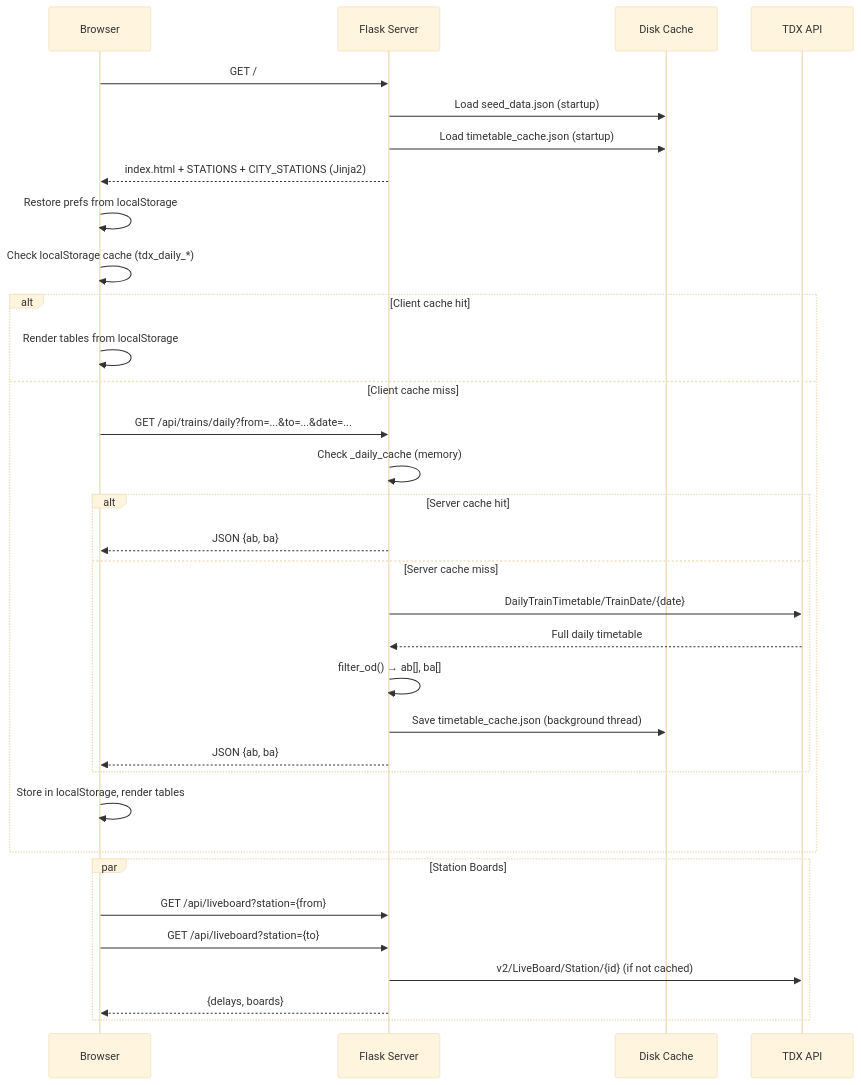
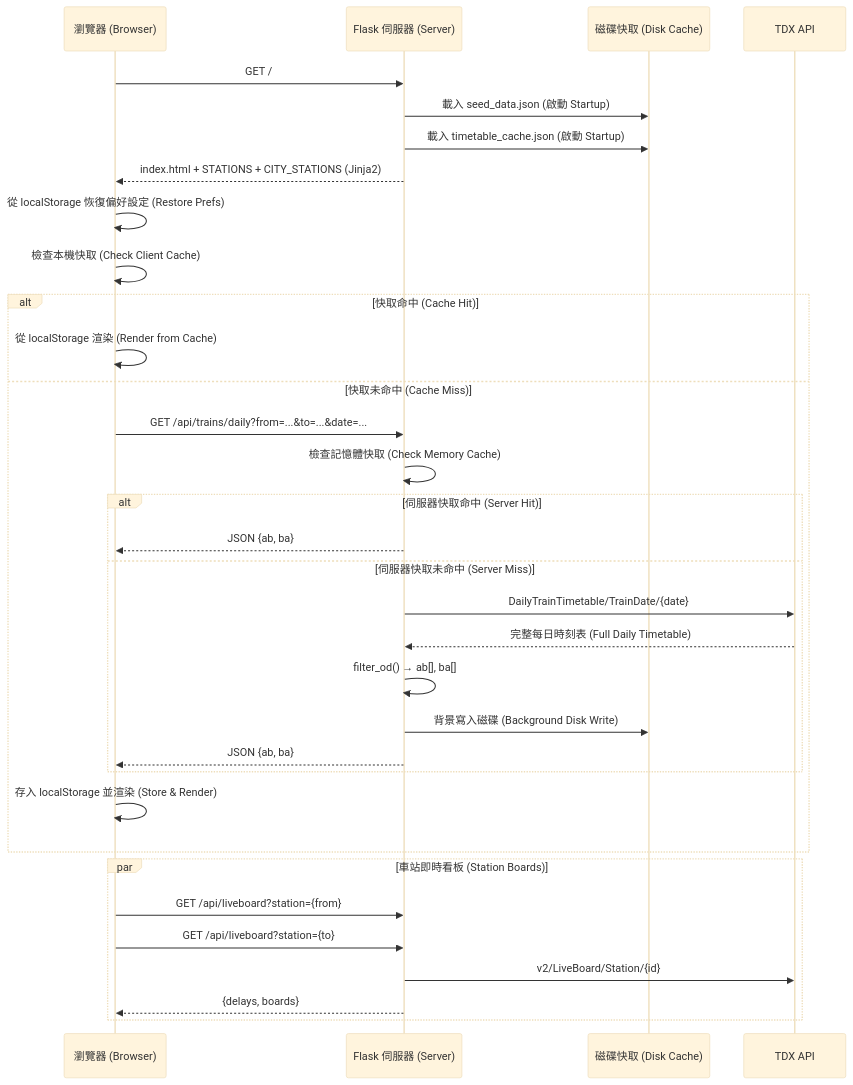
Before and after one commit to kindwayRewolf/TDX_Web: the first of 3 diagrams in README.md, drawn with Mermaid (base theme). The commit also changed other lines of this file and 6 other files, not shown here.

````diff
--- a/README.md
+++ b/README.md
@@ -61,39 +66,39 @@
 ```mermaid
 sequenceDiagram
-    participant B as Browser
-    participant F as Flask Server
-    participant D as Disk Cache
+    participant B as 瀏覽器 (Browser)
+    participant F as Flask 伺服器 (Server)
+    participant D as 磁碟快取 (Disk Cache)
     participant T as TDX API
 
     B->>F: GET /
-    F->>D: Load seed_data.json (startup)
-    F->>D: Load timetable_cache.json (startup)
+    F->>D: 載入 seed_data.json (啟動 Startup)
+    F->>D: 載入 timetable_cache.json (啟動 Startup)
     F-->>B: index.html + STATIONS + CITY_STATIONS (Jinja2)
 
-    B->>B: Restore prefs from localStorage
-    B->>B: Check localStorage cache (tdx_daily_*)
+    B->>B: 從 localStorage 恢復偏好設定 (Restore Prefs)
+    B->>B: 檢查本機快取 (Check Client Cache)
 
-    alt Client cache hit
-        B->>B: Render tables from localStorage
-    else Client cache miss
+    alt 快取命中 (Cache Hit)
+        B->>B: 從 localStorage 渲染 (Render from Cache)
+    else 快取未命中 (Cache Miss)
         B->>F: GET /api/trains/daily?from=...&to=...&date=...
-        F->>F: Check _daily_cache (memory)
-        alt Server cache hit
+        F->>F: 檢查記憶體快取 (Check Memory Cache)
+        alt 伺服器快取命中 (Server Hit)
             F-->>B: JSON {ab, ba}
-        else Server cache miss
+        else 伺服器快取未命中 (Server Miss)
             F->>T: DailyTrainTimetable/TrainDate/{date}
-            T-->>F: Full daily timetable
+            T-->>F: 完整每日時刻表 (Full Daily Timetable)
             F->>F: filter_od() → ab[], ba[]
-            F->>D: Save timetable_cache.json (background thread)
+            F->>D: 背景寫入磁碟 (Background Disk Write)
             F-->>B: JSON {ab, ba}
         end
-        B->>B: Store in localStorage, render tables
+        B->>B: 存入 localStorage 並渲染 (Store & Render)
     end
 
-    par Station Boards
+    par 車站即時看板 (Station Boards)
         B->>F: GET /api/liveboard?station={from}
         B->>F: GET /api/liveboard?station={to}
-        F->>T: v2/LiveBoard/Station/{id} (if not cached)
+        F->>T: v2/LiveBoard/Station/{id}
         F-->>B: {delays, boards}
     end
 ```
````
